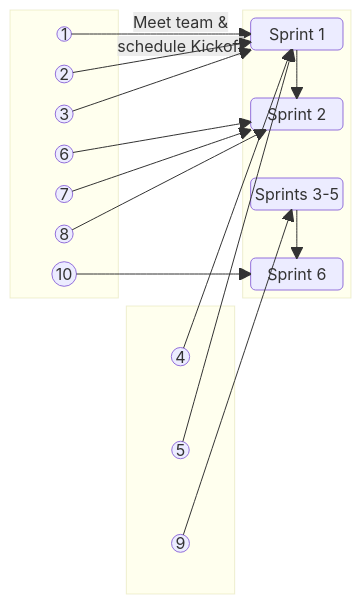
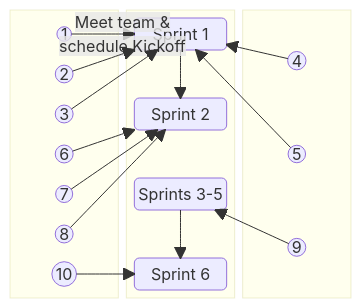
The diagram in README.md (jdmedlock/mermaid_testing), drawn with Mermaid before and after one commit.

Commit message:
Feature: Recreate linear sprint diagram

````diff
--- a/README.md
+++ b/README.md
@@ -4,46 +4,46 @@
 ```mermaid
   block-beta
     columns 3
     block:LEFT
       columns 1
       A1(("1"))
       A2(("2"))
       A3(("3"))
       A6(("6"))
       A7(("7"))
       A8(("8"))
       A10(("10"))
     end
-    space
+    
     block:CENTER
       columns 1
       SPRINT1("Sprint 1")
       space
       SPRINT2("Sprint 2")
       space
       SPRINT35("Sprints 3-5")
       space
       SPRINT6("Sprint 6")
     end
-    space
+    
     block:RIGHT
       columns 1
       A4(("4"))
       A5(("5"))
       A9(("9"))
     end
 
     SPRINT1 --> SPRINT2
     SPRINT35 --> SPRINT6
 
     A1 -- "Meet team &</br>schedule Kickoff" --> SPRINT1
     A2 ----> SPRINT1
     A3 ----> SPRINT1
     A4 ----> SPRINT1
     A5 ----> SPRINT1
     A6 ----> SPRINT2
     A7 ----> SPRINT2
     A8 ----> SPRINT2
     A9 ----> SPRINT35
     A10 ----> SPRINT6
 ```
````
